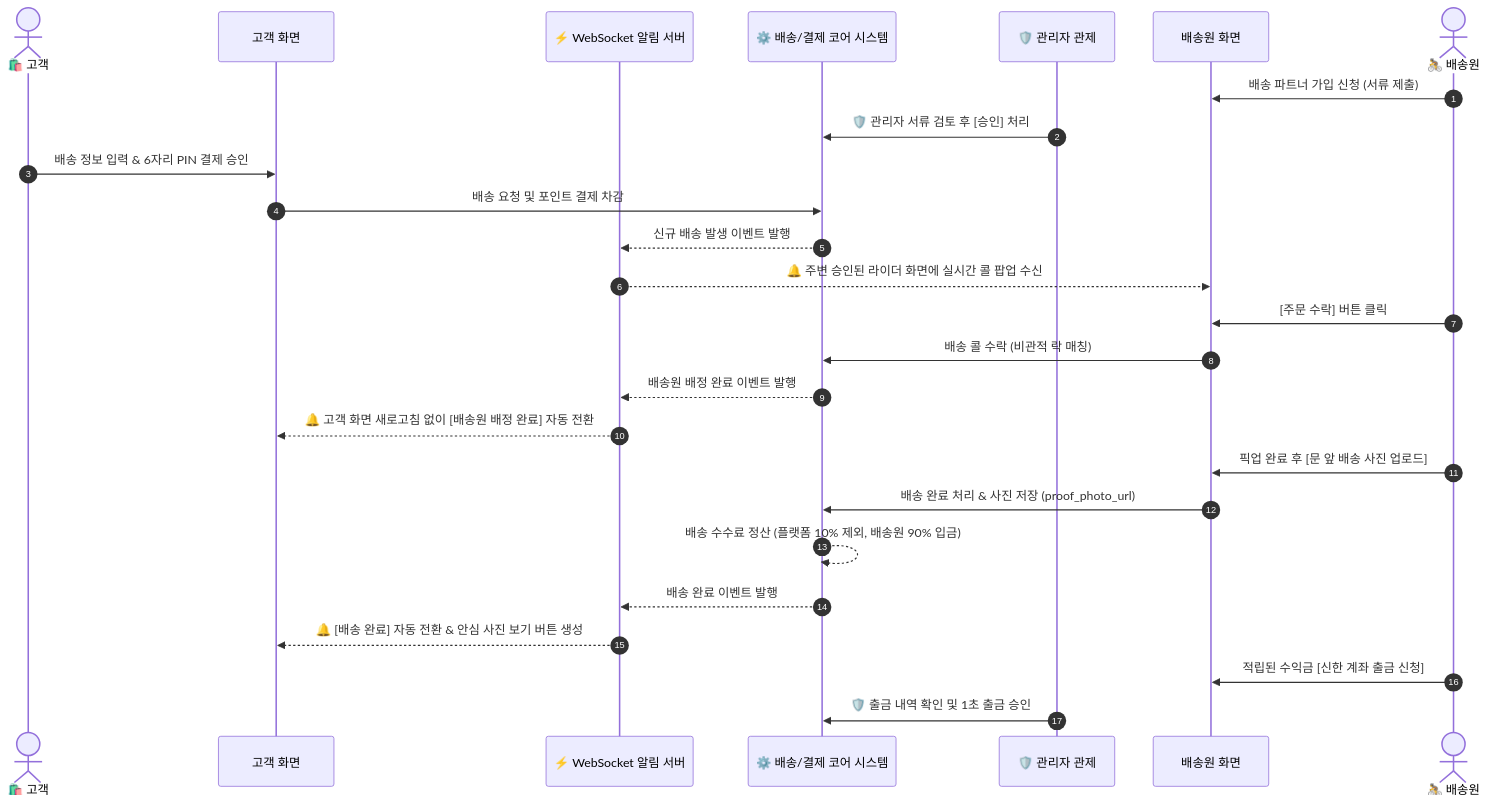
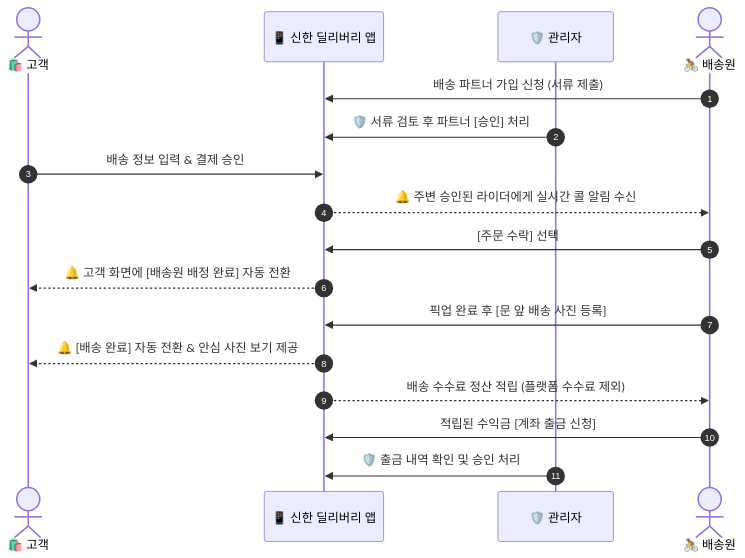
One commit to ShinhanDSProject/shinhan-delivery changed the second of 2 diagrams in docs/architecture/프로덕트-고도화-및-유저플로우-보완-기획서.md. Above: the diagram before and after it, drawn with Mermaid. The commit also changed other lines of this file, not shown here.

````diff
--- a/docs/architecture/프로덕트-고도화-및-유저플로우-보완-기획서.md
+++ b/docs/architecture/프로덕트-고도화-및-유저플로우-보완-기획서.md
@@ -61,33 +61,24 @@
 ```mermaid
 sequenceDiagram
     autonumber
     actor Customer as 🛍️ 고객
-    participant FE_Cust as 고객 화면
-    participant WS as ⚡ WebSocket 알림 서버
-    participant Service as ⚙️ 배송/결제 코어 시스템
-    participant Admin as 🛡️ 관리자 관제
-    participant FE_Cour as 배송원 화면
+    participant App as 📱 신한 딜리버리 앱
+    participant Admin as 🛡️ 관리자
     actor Courier as 🚴 배송원
 
-    Courier->>FE_Cour: 배송 파트너 가입 신청 (서류 제출)
-    Admin->>Service: 🛡️ 관리자 서류 검토 후 [승인] 처리
+    Courier->>App: 배송 파트너 가입 신청 (서류 제출)
+    Admin->>App: 🛡️ 서류 검토 후 파트너 [승인] 처리
 
-    Customer->>FE_Cust: 배송 정보 입력 & 6자리 PIN 결제 승인
-    FE_Cust->>Service: 배송 요청 및 포인트 결제 차감
-    Service-->>WS: 신규 배송 발생 이벤트 발행
-    WS-->>FE_Cour: 🔔 주변 승인된 라이더 화면에 실시간 콜 팝업 수신
+    Customer->>App: 배송 정보 입력 & 결제 승인
+    App-->>Courier: 🔔 주변 승인된 라이더에게 실시간 콜 알림 수신
 
-    Courier->>FE_Cour: [주문 수락] 버튼 클릭
-    FE_Cour->>Service: 배송 콜 수락 (비관적 락 매칭)
-    Service-->>WS: 배송원 배정 완료 이벤트 발행
-    WS-->>FE_Cust: 🔔 고객 화면 새로고침 없이 [배송원 배정 완료] 자동 전환
+    Courier->>App: [주문 수락] 선택
+    App-->>Customer: 🔔 고객 화면에 [배송원 배정 완료] 자동 전환
 
-    Courier->>FE_Cour: 픽업 완료 후 [문 앞 배송 사진 업로드]
-    FE_Cour->>Service: 배송 완료 처리 & 사진 저장 (proof_photo_url)
-    Service-->>Service: 배송 수수료 정산 (플랫폼 10% 제외, 배송원 90% 입금)
-    Service-->>WS: 배송 완료 이벤트 발행
-    WS-->>FE_Cust: 🔔 [배송 완료] 자동 전환 & 안심 사진 보기 버튼 생성
+    Courier->>App: 픽업 완료 후 [문 앞 배송 사진 등록]
+    App-->>Customer: 🔔 [배송 완료] 자동 전환 & 안심 사진 보기 제공
+    App-->>Courier: 배송 수수료 정산 적립 (플랫폼 수수료 제외)
     
-    Courier->>FE_Cour: 적립된 수익금 [신한 계좌 출금 신청]
-    Admin->>Service: 🛡️ 출금 내역 확인 및 1초 출금 승인
+    Courier->>App: 적립된 수익금 [계좌 출금 신청]
+    Admin->>App: 🛡️ 출금 내역 확인 및 승인 처리
 ```
````
